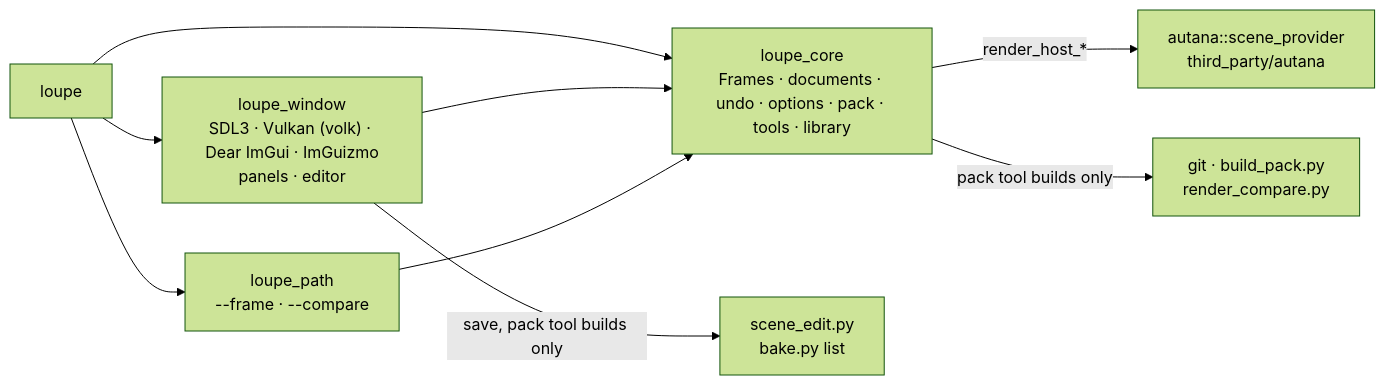
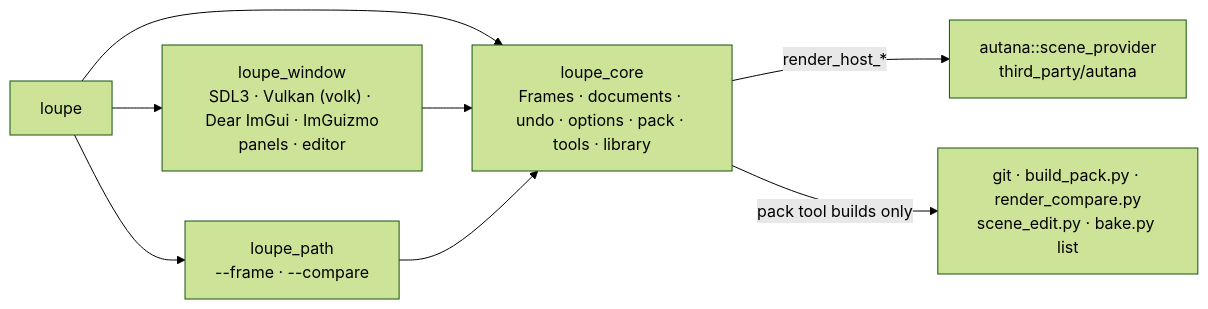
The diagram in README.md (jose-villegas/loupe), drawn with Mermaid (forest theme) before and after one commit. The commit also changed other lines of this file and 21 other files, not shown here.

Commit message:
Editor rework from review: autana's maths for placements, lock reasons from scene_edit, one-step redraw for a drag, autana tools through one runner

````diff
--- a/README.md
+++ b/README.md
@@ -10,12 +10,11 @@
 ```mermaid
 flowchart LR
   cli["loupe"] --> window["loupe_window<br/>SDL3 · Vulkan (volk) · Dear ImGui · ImGuizmo<br/>panels · editor"]
   cli --> path["loupe_path<br/>--frame · --compare"]
   cli --> core
   window --> core
   path --> core
   core["loupe_core<br/>Frames · documents · undo · options · pack · tools · library"]
   core -- "render_host_*" --> autana["autana::scene_provider<br/>third_party/autana"]
-  core -- "pack tool builds only" --> tools["git · build_pack.py<br/>render_compare.py"]
-  window -- "save, pack tool builds only" --> edit["scene_edit.py<br/>bake.py list"]
+  core -- "pack tool builds only" --> tools["git · build_pack.py · render_compare.py<br/>scene_edit.py · bake.py list"]
 ```
````
